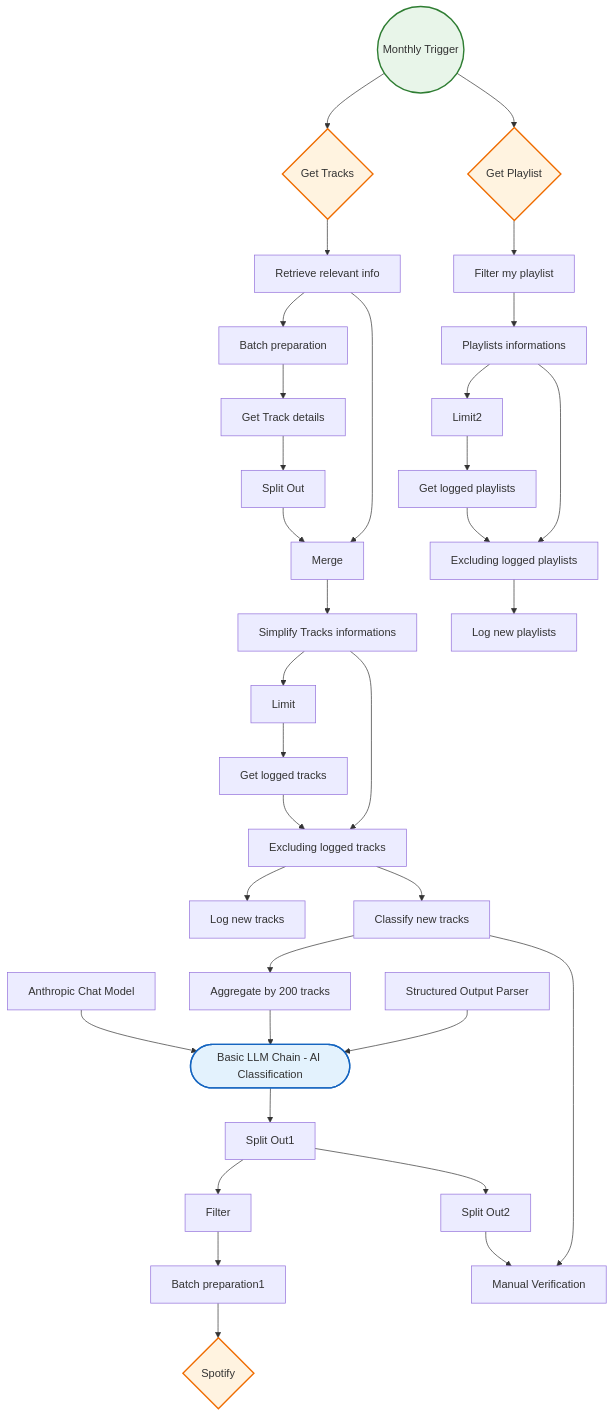
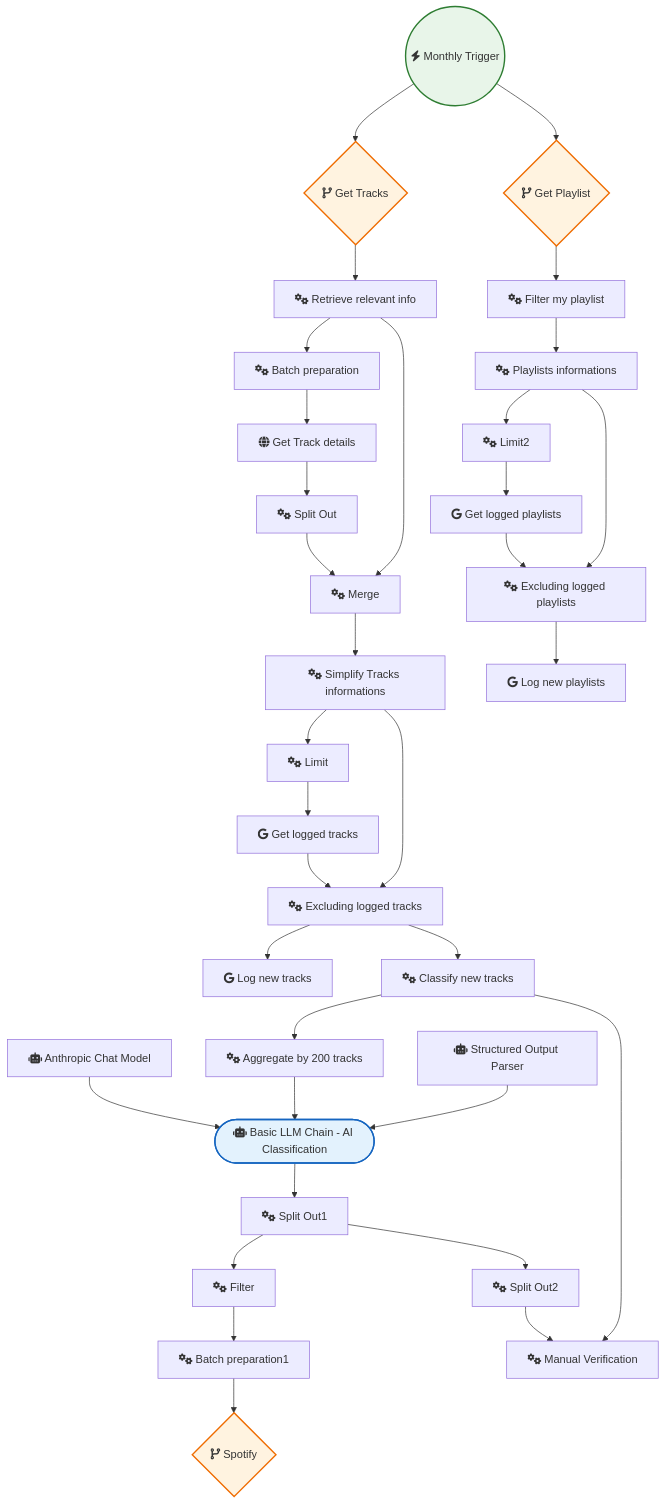
The diagram in Other_Integrations_and_Use_Cases/Monthly Spotify Track Archiving and Playlist Classification.md (sreyash3105/N8N-DEMO-AUTOMATIONS), drawn with Mermaid before and after one commit. The commit also changed 291 other files, not shown here.

````diff
--- a/Other_Integrations_and_Use_Cases/Monthly Spotify Track Archiving and Playlist Classification.md
+++ b/Other_Integrations_and_Use_Cases/Monthly Spotify Track Archiving and Playlist Classification.md
@@ -1,71 +1,71 @@
 ```mermaid
 graph TD
     classDef trigger fill:#e8f5e9,stroke:#2e7d32,stroke-width:2px;
     classDef ai fill:#e3f2fd,stroke:#1565c0,stroke-width:2px;
     classDef logic fill:#fff3e0,stroke:#ef6c00,stroke-width:2px;
 
-    Retrieve_relevant_info["Retrieve relevant info"]
-    Batch_preparation["Batch preparation"]
-    Get_Track_details["Get Track details"]
-    Split_Out["Split Out"]
-    Anthropic_Chat_Model["Anthropic Chat Model"]
-    Get_Playlist{"Get Playlist"}:::logic
-    Get_Tracks{"Get Tracks"}:::logic
-    Structured_Output_Parser["Structured Output Parser"]
-    Playlists_informations["Playlists informations"]
-    Filter_my_playlist["Filter my playlist"]
-    Split_Out1["Split Out1"]
-    Batch_preparation1["Batch preparation1"]
-    Merge["Merge"]
-    Simplify_Tracks_informations["Simplify Tracks informations"]
-    Limit["Limit"]
-    Get_logged_tracks["Get logged tracks"]
-    Excluding_logged_tracks["Excluding logged tracks"]
-    Filter["Filter"]
-    Split_Out2["Split Out2"]
-    Manual_Verification["Manual Verification"]
-    Spotify{"Spotify"}:::logic
-    Aggregate_by_200_tracks["Aggregate by 200 tracks"]
-    Monthly_Trigger(("Monthly Trigger")):::trigger
-    Get_logged_playlists["Get logged playlists"]
-    Log_new_tracks["Log new tracks"]
-    Log_new_playlists["Log new playlists"]
-    Excluding_logged_playlists["Excluding logged playlists"]
-    Limit2["Limit2"]
-    Classify_new_tracks["Classify new tracks"]
-    Basic_LLM_Chain___AI_Classification(["Basic LLM Chain - AI Classification"]):::ai
+    Retrieve_relevant_info["fas:fa-cogs Retrieve relevant info"]
+    Batch_preparation["fas:fa-cogs Batch preparation"]
+    Get_Track_details["fas:fa-globe Get Track details"]
+    Split_Out["fas:fa-cogs Split Out"]
+    Anthropic_Chat_Model["fas:fa-robot Anthropic Chat Model"]
+    Get_Playlist{"fas:fa-code-branch Get Playlist"}:::logic
+    Get_Tracks{"fas:fa-code-branch Get Tracks"}:::logic
+    Structured_Output_Parser["fas:fa-robot Structured Output Parser"]
+    Playlists_informations["fas:fa-cogs Playlists informations"]
+    Filter_my_playlist["fas:fa-cogs Filter my playlist"]
+    Split_Out1["fas:fa-cogs Split Out1"]
+    Batch_preparation1["fas:fa-cogs Batch preparation1"]
+    Merge["fas:fa-cogs Merge"]
+    Simplify_Tracks_informations["fas:fa-cogs Simplify Tracks informations"]
+    Limit["fas:fa-cogs Limit"]
+    Get_logged_tracks["fab:fa-google Get logged tracks"]
+    Excluding_logged_tracks["fas:fa-cogs Excluding logged tracks"]
+    Filter["fas:fa-cogs Filter"]
+    Split_Out2["fas:fa-cogs Split Out2"]
+    Manual_Verification["fas:fa-cogs Manual Verification"]
+    Spotify{"fas:fa-code-branch Spotify"}:::logic
+    Aggregate_by_200_tracks["fas:fa-cogs Aggregate by 200 tracks"]
+    Monthly_Trigger(("fas:fa-bolt Monthly Trigger")):::trigger
+    Get_logged_playlists["fab:fa-google Get logged playlists"]
+    Log_new_tracks["fab:fa-google Log new tracks"]
+    Log_new_playlists["fab:fa-google Log new playlists"]
+    Excluding_logged_playlists["fas:fa-cogs Excluding logged playlists"]
+    Limit2["fas:fa-cogs Limit2"]
+    Classify_new_tracks["fas:fa-cogs Classify new tracks"]
+    Basic_LLM_Chain___AI_Classification(["fas:fa-robot Basic LLM Chain - AI Classification"]):::ai
 
     Limit --> Get_logged_tracks
     Merge --> Simplify_Tracks_informations
     Filter --> Batch_preparation1
     Limit2 --> Get_logged_playlists
     Split_Out --> Merge
     Get_Tracks --> Retrieve_relevant_info
     Split_Out1 --> Split_Out2
     Split_Out1 --> Filter
     Split_Out2 --> Manual_Verification
     Get_Playlist --> Filter_my_playlist
     Monthly_Trigger --> Get_Playlist
     Monthly_Trigger --> Get_Tracks
     Batch_preparation --> Get_Track_details
     Get_Track_details --> Split_Out
     Get_logged_tracks --> Excluding_logged_tracks
     Batch_preparation1 --> Spotify
     Filter_my_playlist --> Playlists_informations
     Classify_new_tracks --> Aggregate_by_200_tracks
     Classify_new_tracks --> Manual_Verification
     Anthropic_Chat_Model --> Basic_LLM_Chain___AI_Classification
     Get_logged_playlists --> Excluding_logged_playlists
     Playlists_informations --> Excluding_logged_playlists
     Playlists_informations --> Limit2
     Retrieve_relevant_info --> Batch_preparation
     Retrieve_relevant_info --> Merge
     Aggregate_by_200_tracks --> Basic_LLM_Chain___AI_Classification
     Excluding_logged_tracks --> Log_new_tracks
     Excluding_logged_tracks --> Classify_new_tracks
     Structured_Output_Parser --> Basic_LLM_Chain___AI_Classification
     Excluding_logged_playlists --> Log_new_playlists
     Simplify_Tracks_informations --> Limit
     Simplify_Tracks_informations --> Excluding_logged_tracks
     Basic_LLM_Chain___AI_Classification --> Split_Out1
 ```
````
